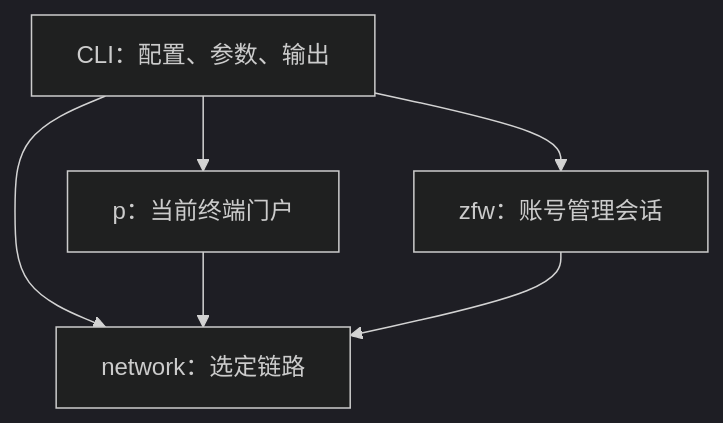
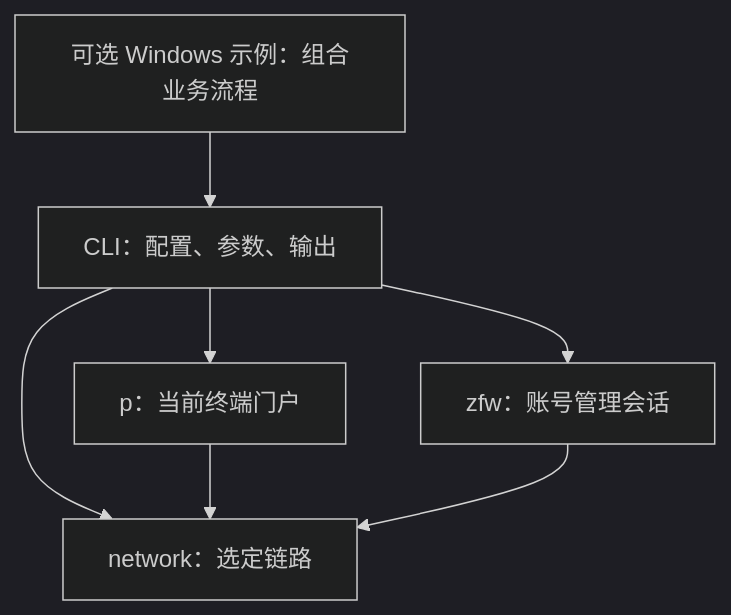
The diagram in docs/architecture.md (hicancan/njupt-net), drawn with Mermaid (dark theme) before and after one commit. The commit also changed other lines of this file and 12 other files, not shown here.

````diff
--- a/docs/architecture.md
+++ b/docs/architecture.md
@@ -47,8 +52,9 @@
 ```mermaid
 flowchart TB
+    Examples[可选 Windows 示例：组合业务流程] --> CLI
     CLI[CLI：配置、参数、输出] --> P[p：当前终端门户]
     CLI --> Z[zfw：账号管理会话]
     CLI --> N[network：选定链路]
     P --> N
     Z --> N
 ```
````
